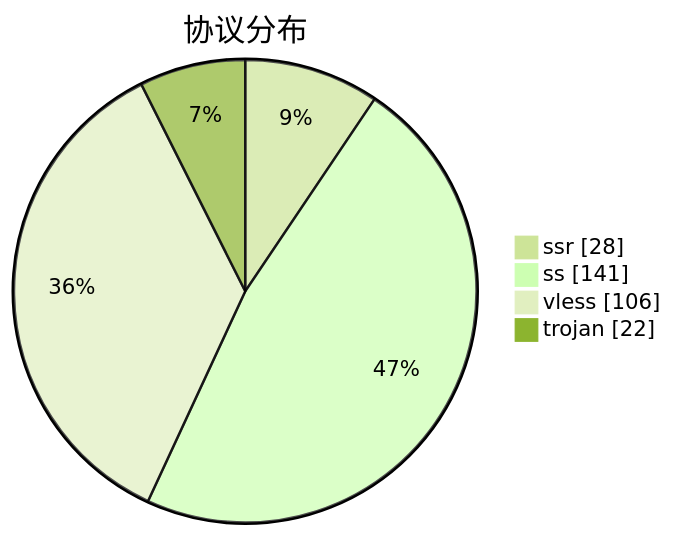
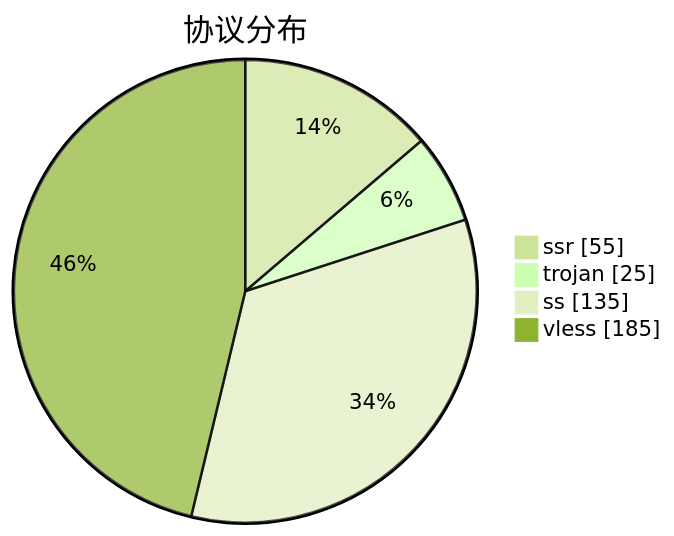
The third of 3 diagrams in subs/statistics/tested_within.md (qjlxg/airport), drawn with Mermaid (forest theme) before and after one commit. The commit also changed other lines of this file and 2 other files, not shown here.

````diff
--- a/subs/statistics/tested_within.md
+++ b/subs/statistics/tested_within.md
@@ -18,8 +18,8 @@
 ```mermaid
 pie showData
 title 协议分布
-"ssr" : 28
-"ss" : 141
-"vless" : 106
-"trojan" : 22
+"ssr" : 55
+"trojan" : 25
+"ss" : 135
+"vless" : 185
 ```
````
